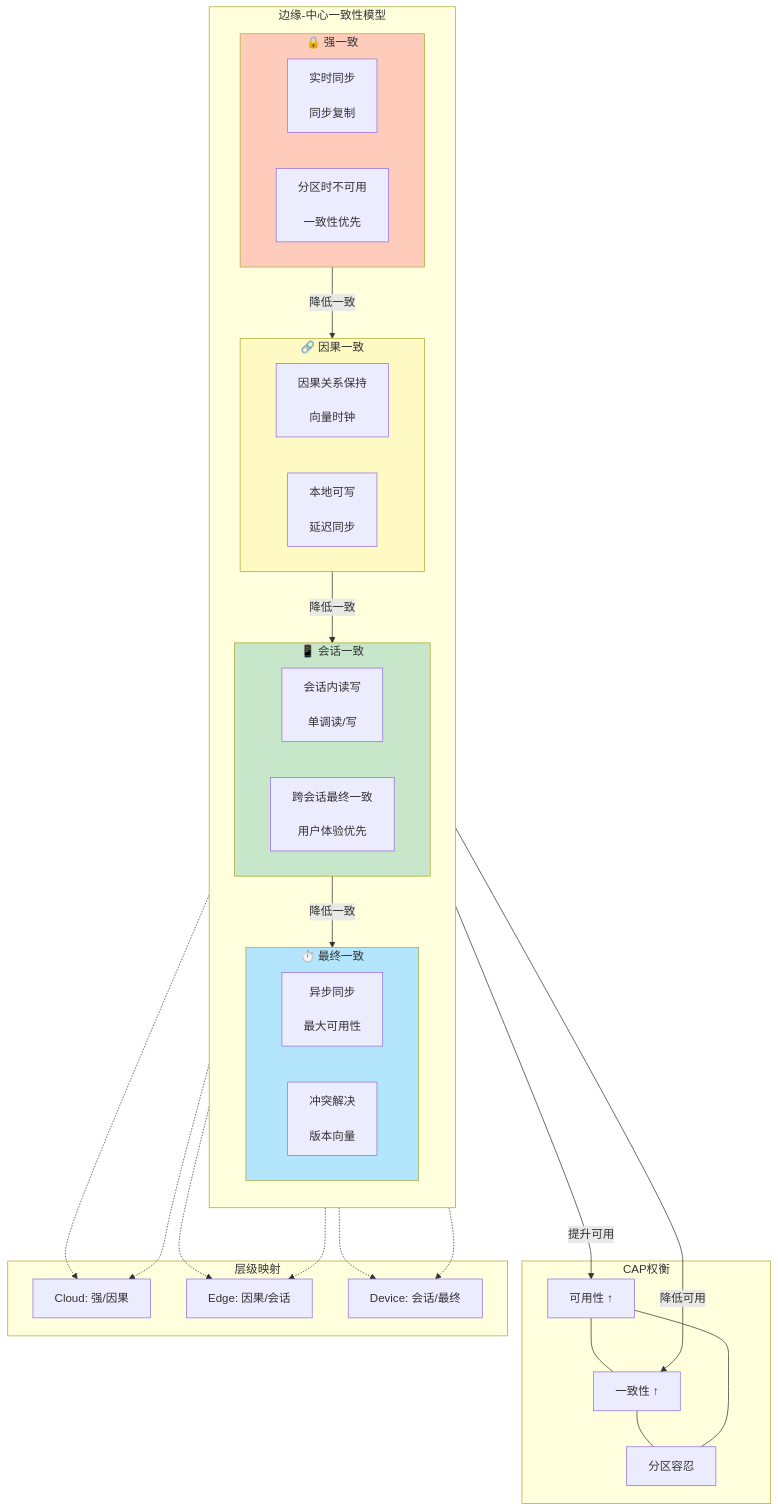
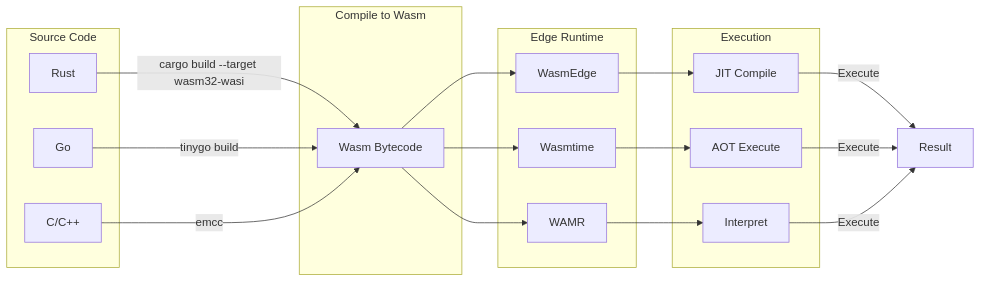
One commit to AdaMartin18010/AnalysisDataFlow changed the second of 5 diagrams in Knowledge/06-frontier/edge-streaming-patterns.md. Above: the diagram before and after it, drawn with Mermaid. The commit also changed other lines of this file and 20 other files, not shown here.

````diff
--- a/Knowledge/06-frontier/edge-streaming-patterns.md
+++ b/Knowledge/06-frontier/edge-streaming-patterns.md
@@ -805,65 +767,40 @@
 ```mermaid
-graph TB
-    subgraph ConsistencyModel["边缘-中心一致性模型"]
-        direction TB
-
-        subgraph Strong["🔒 强一致"]
-            S1[实时同步
-            <br/>同步复制]
-            S2[分区时不可用
-            <br/>一致性优先]
-        end
-
-        subgraph Causal["🔗 因果一致"]
-            C1[因果关系保持
-            <br/>向量时钟]
-            C2[本地可写
-            <br/>延迟同步]
-        end
-
-        subgraph Session["📱 会话一致"]
-            SE1[会话内读写
-            <br/>单调读/写]
-            SE2[跨会话最终一致
-            <br/>用户体验优先]
-        end
-
-        subgraph Eventual["⏱️ 最终一致"]
-            E1[异步同步
-            <br/>最大可用性]
-            E2[冲突解决
-            <br/>版本向量]
-        end
+graph LR
+    subgraph Source["Source Code"]
+        S1[Rust]
+        S2[Go]
+        S3[C/C++]
     end
 
-    subgraph TradeOff["CAP权衡"]
-        A[可用性 ↑] --- C[一致性 ↑]
-        C --- P[分区容忍]
-        P --- A
+    subgraph Compile["Compile to Wasm"]
+        W1[Wasm Bytecode]
     end
 
-    subgraph LayerMapping["层级映射"]
-        L1[Cloud: 强/因果]
-        L2[Edge: 因果/会话]
-        L3[Device: 会话/最终]
+    subgraph Runtime["Edge Runtime"]
+        R1[WasmEdge]
+        R2[Wasmtime]
+        R3[WAMR]
     end
 
-    Strong -->|降低一致| Causal
-    Causal -->|降低一致| Session
-    Session -->|降低一致| Eventual
+    subgraph Execute["Execution"]
+        E1[JIT Compile]
+        E2[AOT Execute]
+        E3[Interpret]
+    end
 
-    Eventual -->|提升可用| A
-    Strong -->|降低可用| C
+    S1 -->|cargo build --target wasm32-wasi| W1
+    S2 -->|tinygo build| W1
+    S3 -->|emcc| W1
 
-    Strong -.-> L1
-    Causal -.-> L1
-    Causal -.-> L2
-    Session -.-> L2
-    Session -.-> L3
-    Eventual -.-> L3
+    W1 --> R1
+    W1 --> R2
+    W1 --> R3
 
-    style Strong fill:#ffccbc
-    style Causal fill:#fff9c4
-    style Session fill:#c8e6c9
-    style Eventual fill:#b3e5fc
+    R1 --> E1
+    R2 --> E2
+    R3 --> E3
+
+    E1 -->|Execute| Result
+    E2 -->|Execute| Result
+    E3 -->|Execute| Result
 ```
````
